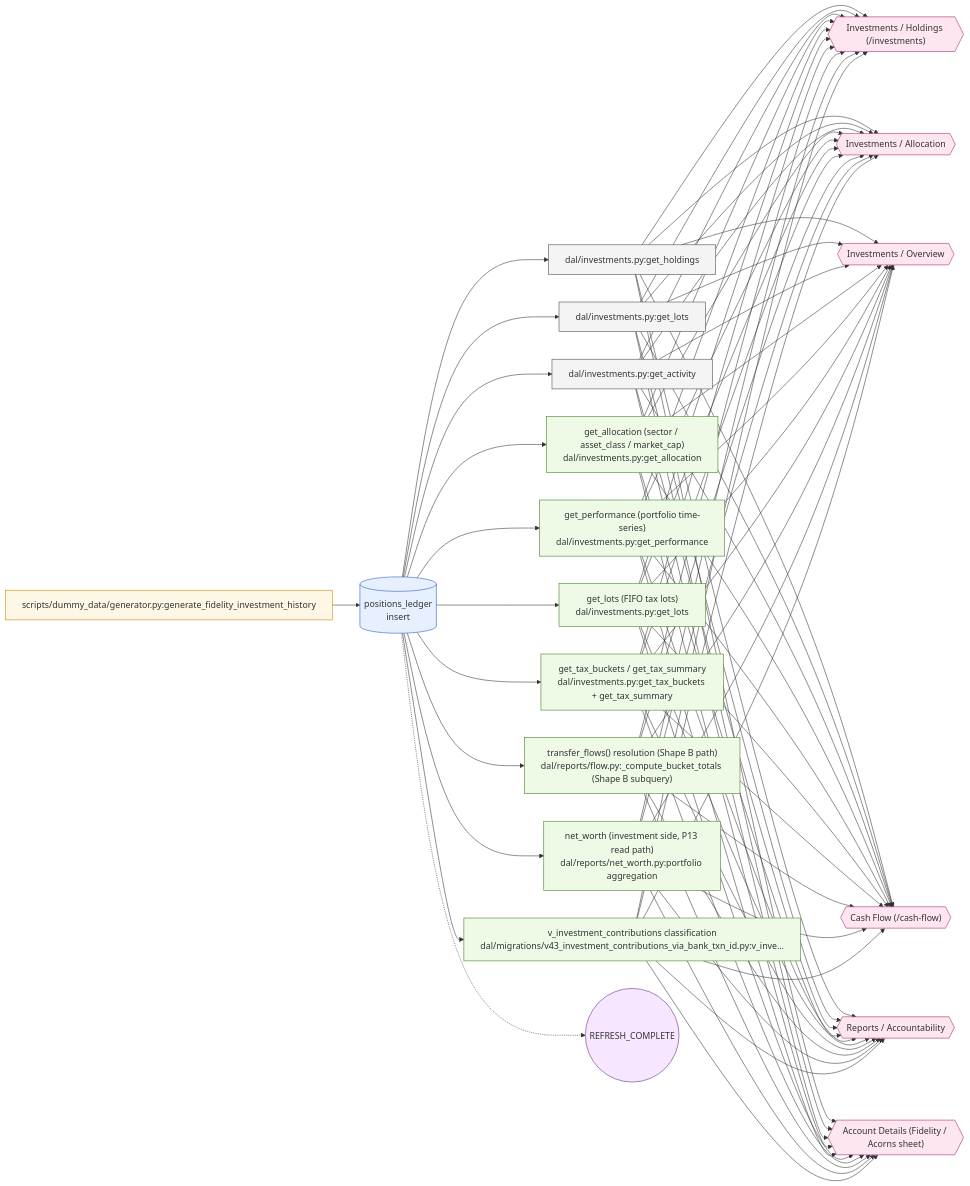
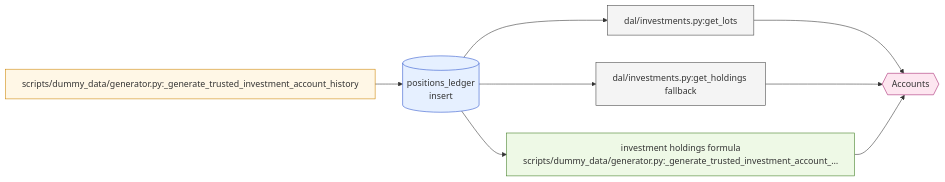
The diagram in docs/data-lineage/diagrams/investment_buy.mmd (wileyqe/Sentry-Finance), drawn with Mermaid before and after one commit. The commit also changed 44 other files, not shown here.

```diff
--- a/docs/data-lineage/diagrams/investment_buy.mmd
+++ b/docs/data-lineage/diagrams/investment_buy.mmd
@@ -1,108 +1,29 @@
 %% Auto-generated by build_diagrams.py — do not edit by hand.
 %% Event: investment_buy (class: user_action)
 %% Investment buy (confirmed security purchase)
 graph LR
-  origin["scripts/dummy_data/generator.py:generate_fidelity_investment_history"]
+  origin["scripts/dummy_data/generator.py:_generate_trusted_investment_account_history"]
   tbl_positions_ledger[("positions_ledger<br/>insert")]
   origin --> tbl_positions_ledger
-  dc0_get_holdings["dal/investments.py:get_holdings"]
-  dc1_get_lots["dal/investments.py:get_lots"]
-  dc2_get_activity["dal/investments.py:get_activity"]
-  dv0_get_allocation_sector_asset_class_market_cap["get_allocation (sector / asset_class / market_cap)<br/>dal/investments.py:get_allocation"]
-  dv1_get_performance_portfolio_time_series["get_performance (portfolio time-series)<br/>dal/investments.py:get_performance"]
-  dv2_get_lots_FIFO_tax_lots["get_lots (FIFO tax lots)<br/>dal/investments.py:get_lots"]
-  dv3_get_tax_buckets_get_tax_summary["get_tax_buckets / get_tax_summary<br/>dal/investments.py:get_tax_buckets + get_tax_summary"]
-  dv4_transfer_flows_resolution_Shape_B_path["transfer_flows() resolution (Shape B path)<br/>dal/reports/flow.py:_compute_bucket_totals (Shape B subquery)"]
-  dv5_net_worth_investment_side_P13_read_path["net_worth (investment side, P13 read path)<br/>dal/reports/net_worth.py:portfolio aggregation"]
-  dv6_v_investment_contributions_classification["v_investment_contributions classification<br/>dal/migrations/v43_investment_contributions_via_bank_txn_id.py:v_inve…"]
-  tbl_positions_ledger --> dc0_get_holdings
-  tbl_positions_ledger --> dc1_get_lots
-  tbl_positions_ledger --> dc2_get_activity
-  tbl_positions_ledger --> dv0_get_allocation_sector_asset_class_market_cap
-  tbl_positions_ledger --> dv1_get_performance_portfolio_time_series
-  tbl_positions_ledger --> dv2_get_lots_FIFO_tax_lots
-  tbl_positions_ledger --> dv3_get_tax_buckets_get_tax_summary
-  tbl_positions_ledger --> dv4_transfer_flows_resolution_Shape_B_path
-  tbl_positions_ledger --> dv5_net_worth_investment_side_P13_read_path
-  tbl_positions_ledger --> dv6_v_investment_contributions_classification
-  ui0_Investments_Holdings_investments{{"Investments / Holdings (/investments)"}}
-  ui1_Investments_Allocation{{"Investments / Allocation"}}
-  ui2_Investments_Overview{{"Investments / Overview"}}
-  ui3_Cash_Flow_cash_flow{{"Cash Flow (/cash-flow)"}}
-  ui4_Reports_Accountability{{"Reports / Accountability"}}
-  ui5_Account_Details_Fidelity_Acorns_sheet{{"Account Details (Fidelity / Acorns sheet)"}}
-  dc0_get_holdings --> ui0_Investments_Holdings_investments
-  dc1_get_lots --> ui0_Investments_Holdings_investments
-  dc2_get_activity --> ui0_Investments_Holdings_investments
-  dv0_get_allocation_sector_asset_class_market_cap --> ui0_Investments_Holdings_investments
-  dv1_get_performance_portfolio_time_series --> ui0_Investments_Holdings_investments
-  dv2_get_lots_FIFO_tax_lots --> ui0_Investments_Holdings_investments
-  dv3_get_tax_buckets_get_tax_summary --> ui0_Investments_Holdings_investments
-  dv4_transfer_flows_resolution_Shape_B_path --> ui0_Investments_Holdings_investments
-  dv5_net_worth_investment_side_P13_read_path --> ui0_Investments_Holdings_investments
-  dv6_v_investment_contributions_classification --> ui0_Investments_Holdings_investments
-  dc0_get_holdings --> ui1_Investments_Allocation
-  dc1_get_lots --> ui1_Investments_Allocation
-  dc2_get_activity --> ui1_Investments_Allocation
-  dv0_get_allocation_sector_asset_class_market_cap --> ui1_Investments_Allocation
-  dv1_get_performance_portfolio_time_series --> ui1_Investments_Allocation
-  dv2_get_lots_FIFO_tax_lots --> ui1_Investments_Allocation
-  dv3_get_tax_buckets_get_tax_summary --> ui1_Investments_Allocation
-  dv4_transfer_flows_resolution_Shape_B_path --> ui1_Investments_Allocation
-  dv5_net_worth_investment_side_P13_read_path --> ui1_Investments_Allocation
-  dv6_v_investment_contributions_classification --> ui1_Investments_Allocation
-  dc0_get_holdings --> ui2_Investments_Overview
-  dc1_get_lots --> ui2_Investments_Overview
-  dc2_get_activity --> ui2_Investments_Overview
-  dv0_get_allocation_sector_asset_class_market_cap --> ui2_Investments_Overview
-  dv1_get_performance_portfolio_time_series --> ui2_Investments_Overview
-  dv2_get_lots_FIFO_tax_lots --> ui2_Investments_Overview
-  dv3_get_tax_buckets_get_tax_summary --> ui2_Investments_Overview
-  dv4_transfer_flows_resolution_Shape_B_path --> ui2_Investments_Overview
-  dv5_net_worth_investment_side_P13_read_path --> ui2_Investments_Overview
-  dv6_v_investment_contributions_classification --> ui2_Investments_Overview
-  dc0_get_holdings --> ui3_Cash_Flow_cash_flow
-  dc1_get_lots --> ui3_Cash_Flow_cash_flow
-  dc2_get_activity --> ui3_Cash_Flow_cash_flow
-  dv0_get_allocation_sector_asset_class_market_cap --> ui3_Cash_Flow_cash_flow
-  dv1_get_performance_portfolio_time_series --> ui3_Cash_Flow_cash_flow
-  dv2_get_lots_FIFO_tax_lots --> ui3_Cash_Flow_cash_flow
-  dv3_get_tax_buckets_get_tax_summary --> ui3_Cash_Flow_cash_flow
-  dv4_transfer_flows_resolution_Shape_B_path --> ui3_Cash_Flow_cash_flow
-  dv5_net_worth_investment_side_P13_read_path --> ui3_Cash_Flow_cash_flow
-  dv6_v_investment_contributions_classification --> ui3_Cash_Flow_cash_flow
-  dc0_get_holdings --> ui4_Reports_Accountability
-  dc1_get_lots --> ui4_Reports_Accountability
-  dc2_get_activity --> ui4_Reports_Accountability
-  dv0_get_allocation_sector_asset_class_market_cap --> ui4_Reports_Accountability
-  dv1_get_performance_portfolio_time_series --> ui4_Reports_Accountability
-  dv2_get_lots_FIFO_tax_lots --> ui4_Reports_Accountability
-  dv3_get_tax_buckets_get_tax_summary --> ui4_Reports_Accountability
-  dv4_transfer_flows_resolution_Shape_B_path --> ui4_Reports_Accountability
-  dv5_net_worth_investment_side_P13_read_path --> ui4_Reports_Accountability
-  dv6_v_investment_contributions_classification --> ui4_Reports_Accountability
-  dc0_get_holdings --> ui5_Account_Details_Fidelity_Acorns_sheet
-  dc1_get_lots --> ui5_Account_Details_Fidelity_Acorns_sheet
-  dc2_get_activity --> ui5_Account_Details_Fidelity_Acorns_sheet
-  dv0_get_allocation_sector_asset_class_market_cap --> ui5_Account_Details_Fidelity_Acorns_sheet
-  dv1_get_performance_portfolio_time_series --> ui5_Account_Details_Fidelity_Acorns_sheet
-  dv2_get_lots_FIFO_tax_lots --> ui5_Account_Details_Fidelity_Acorns_sheet
-  dv3_get_tax_buckets_get_tax_summary --> ui5_Account_Details_Fidelity_Acorns_sheet
-  dv4_transfer_flows_resolution_Shape_B_path --> ui5_Account_Details_Fidelity_Acorns_sheet
-  dv5_net_worth_investment_side_P13_read_path --> ui5_Account_Details_Fidelity_Acorns_sheet
-  dv6_v_investment_contributions_classification --> ui5_Account_Details_Fidelity_Acorns_sheet
-  ex0_REFRESH_COMPLETE(("REFRESH_COMPLETE"))
-  tbl_positions_ledger -.-> ex0_REFRESH_COMPLETE
+  dc0_get_lots["dal/investments.py:get_lots"]
+  dc1_get_holdings_fallback["dal/investments.py:get_holdings fallback"]
+  dv0_investment_holdings_formula["investment holdings formula<br/>scripts/dummy_data/generator.py:_generate_trusted_investment_account_…"]
+  tbl_positions_ledger --> dc0_get_lots
+  tbl_positions_ledger --> dc1_get_holdings_fallback
+  tbl_positions_ledger --> dv0_investment_holdings_formula
+  ui0_Accounts{{"Accounts"}}
+  dc0_get_lots --> ui0_Accounts
+  dc1_get_holdings_fallback --> ui0_Accounts
+  dv0_investment_holdings_formula --> ui0_Accounts
 
   classDef origin fill:#fff7e6,stroke:#cc8400,stroke-width:1px;
   classDef table fill:#e6f0ff,stroke:#2952cc,stroke-width:1px;
   classDef consumer fill:#f4f4f4,stroke:#444,stroke-width:1px;
   classDef derivation fill:#eef9e6,stroke:#3d7a1f,stroke-width:1px;
   classDef ui fill:#fde6f0,stroke:#a5226f,stroke-width:1px;
   classDef effect fill:#f6e6ff,stroke:#5e2a82,stroke-width:1px;
   class origin origin;
   class tbl_positions_ledger table;
-  class dc0_get_holdings,dc1_get_lots,dc2_get_activity consumer;
-  class dv0_get_allocation_sector_asset_class_market_cap,dv1_get_performance_portfolio_time_series,dv2_get_lots_FIFO_tax_lots,dv3_get_tax_buckets_get_tax_summary,dv4_transfer_flows_resolution_Shape_B_path,dv5_net_worth_investment_side_P13_read_path,dv6_v_investment_contributions_classification derivation;
-  class ui0_Investments_Holdings_investments,ui1_Investments_Allocation,ui2_Investments_Overview,ui3_Cash_Flow_cash_flow,ui4_Reports_Accountability,ui5_Account_Details_Fidelity_Acorns_sheet ui;
-  class ex0_REFRESH_COMPLETE effect;
+  class dc0_get_lots,dc1_get_holdings_fallback consumer;
+  class dv0_investment_holdings_formula derivation;
+  class ui0_Accounts ui;
```
